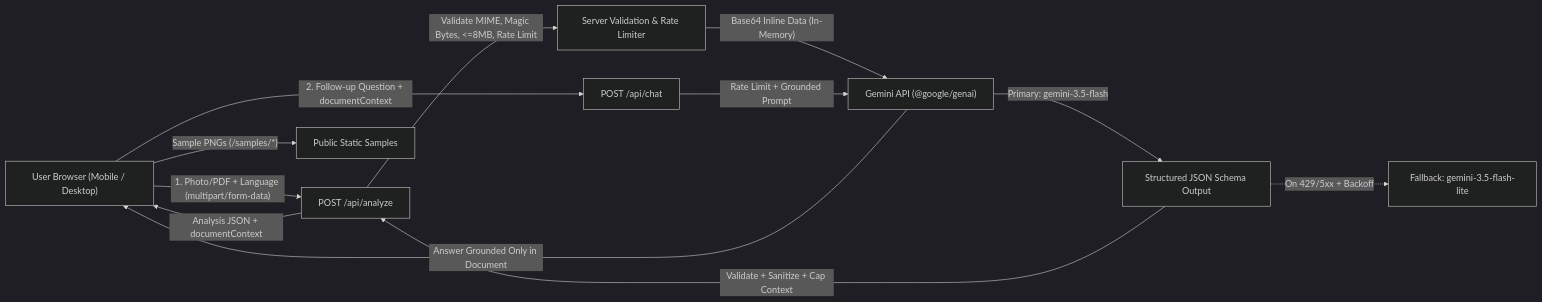
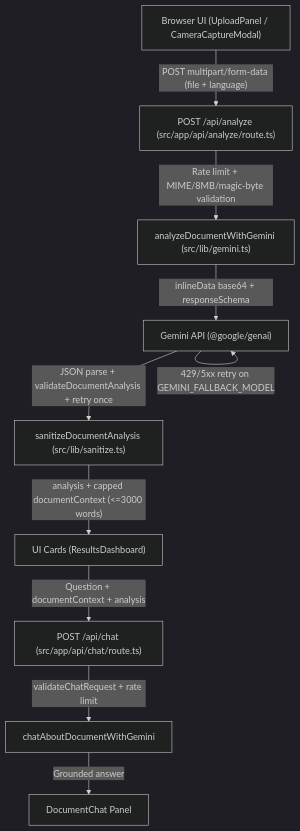
The diagram in README.md (sameerpacer1/Explain_My_Document), drawn with Mermaid (dark theme) before and after one commit. The commit also changed other lines of this file and 10 other files, not shown here.

````diff
--- a/README.md
+++ b/README.md
@@ -42,15 +50,12 @@
 ```mermaid
-flowchart LR
-    U["User Browser (Mobile / Desktop)"] -->|"1. Photo/PDF + Language (multipart/form-data)"| A["POST /api/analyze"]
-    U -->|"Sample PNGs (/samples/*)"| P["Public Static Samples"]
-    A -->|"Validate MIME, Magic Bytes, <=8MB, Rate Limit"| V["Server Validation & Rate Limiter"]
-    V -->|"Base64 Inline Data (In-Memory)"| G["Gemini API (@google/genai)"]
-    G -->|"Primary: gemini-3.5-flash"| G1["Structured JSON Schema Output"]
-    G1 -.->|"On 429/5xx + Backoff"| G2["Fallback: gemini-3.5-flash-lite"]
-    G1 -->|"Validate + Sanitize + Cap Context"| A
-    A -->|"Analysis JSON + documentContext"| U
-
-    U -->|"2. Follow-up Question + documentContext"| C["POST /api/chat"]
-    C -->|"Rate Limit + Grounded Prompt"| G
-    G -->|"Answer Grounded Only in Document"| U
+flowchart TD
+    UI["Browser UI (UploadPanel / CameraCaptureModal)"] -->|"POST multipart/form-data (file + language)"| AnalyzeRoute["POST /api/analyze (src/app/api/analyze/route.ts)"]
+    AnalyzeRoute -->|"Rate limit + MIME/8MB/magic-byte validation"| GeminiAnalyze["analyzeDocumentWithGemini (src/lib/gemini.ts)"]
+    GeminiAnalyze -->|"inlineData base64 + responseSchema"| GeminiAPI["Gemini API (@google/genai)"]
+    GeminiAPI -->|"429/5xx retry on GEMINI_FALLBACK_MODEL"| GeminiAPI
+    GeminiAPI -->|"JSON parse + validateDocumentAnalysis + retry once"| Sanitize["sanitizeDocumentAnalysis (src/lib/sanitize.ts)"]
+    Sanitize -->|"analysis + capped documentContext (<=3000 words)"| Cards["UI Cards (ResultsDashboard)"]
+    Cards -->|"Question + documentContext + analysis"| ChatRoute["POST /api/chat (src/app/api/chat/route.ts)"]
+    ChatRoute -->|"validateChatRequest + rate limit"| GeminiChat["chatAboutDocumentWithGemini"]
+    GeminiChat -->|"Grounded answer"| ChatUI["DocumentChat Panel"]
 ```
````
